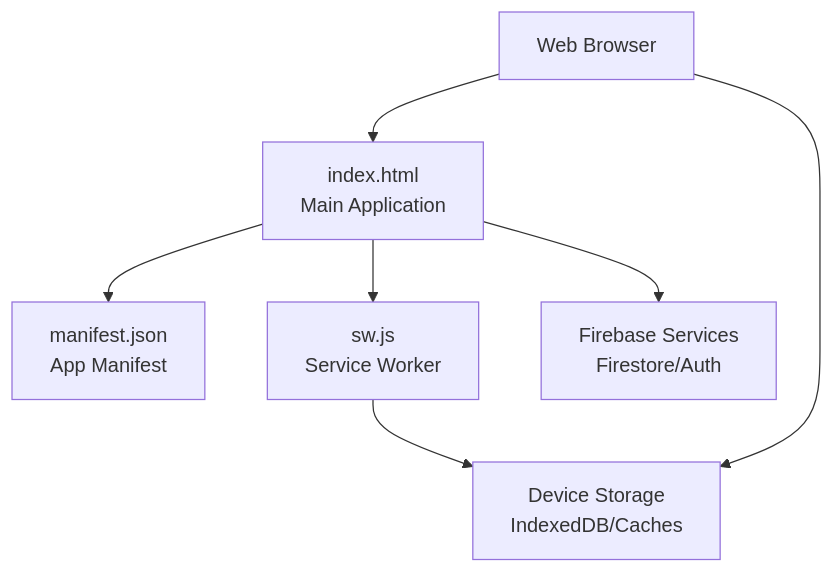
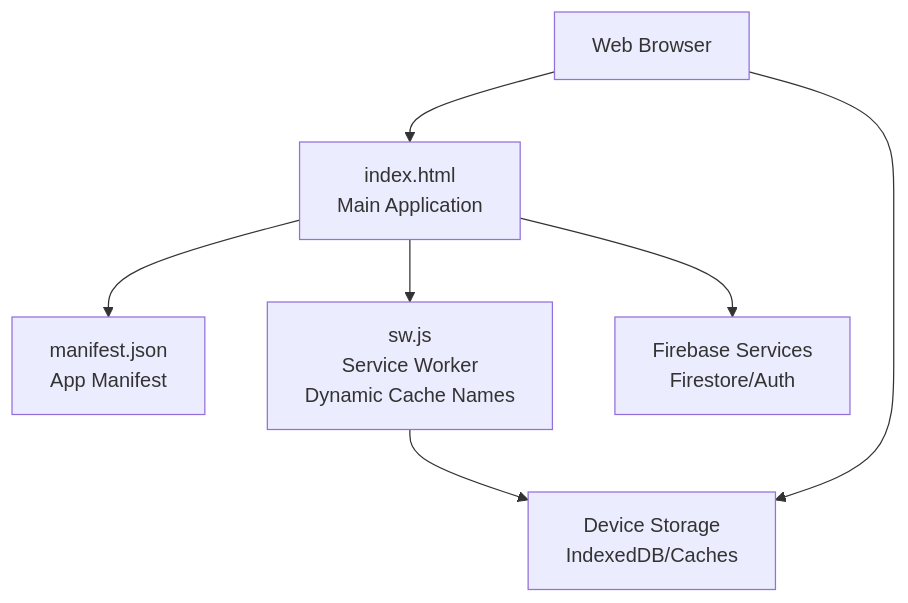
The first of 7 diagrams in .qoder/repowiki/en/content/Technical Architecture/Progressive Web App Implementation.md (enga018/newserchhipnorthvc), drawn with Mermaid before and after one commit. The commit also changed other lines of this file and 10 other files, not shown here.

````diff
--- a/.qoder/repowiki/en/content/Technical Architecture/Progressive Web App Implementation.md
+++ b/.qoder/repowiki/en/content/Technical Architecture/Progressive Web App Implementation.md
@@ -36,15 +43,15 @@
 ```mermaid
 graph TB
 Browser["Web Browser"]
 IndexHTML["index.html<br/>Main Application"]
 Manifest["manifest.json<br/>App Manifest"]
-SW["sw.js<br/>Service Worker"]
+SW["sw.js<br/>Service Worker<br/>Dynamic Cache Names"]
 Firebase["Firebase Services<br/>Firestore/Auth"]
 Storage["Device Storage<br/>IndexedDB/Caches"]
 Browser --> IndexHTML
 IndexHTML --> Manifest
 IndexHTML --> SW
 SW --> Storage
 IndexHTML --> Firebase
 Browser --> Storage
 ```
````
